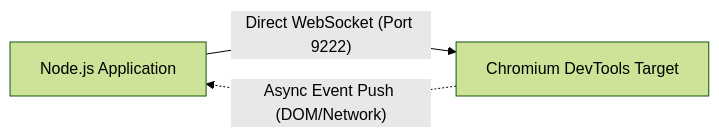
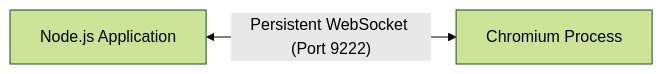
One commit to naimurhasan/naimurhasan.github.io changed the third of 4 diagrams in _posts/2026-10-03-selenium-vs-puppeteer-vs-playwright.md. Above: the diagram before and after it, drawn with Mermaid (forest theme). The commit also changed other lines of this file and 23 other files, not shown here.

````diff
--- a/_posts/2026-10-03-selenium-vs-puppeteer-vs-playwright.md
+++ b/_posts/2026-10-03-selenium-vs-puppeteer-vs-playwright.md
@@ -141,5 +80,4 @@
 ```mermaid
 flowchart LR
-  Node["Node.js Application"] --> |"Direct WebSocket (Port 9222)"| Chrome["Chromium DevTools Target"]
-  Chrome -.-> |"Async Event Push (DOM/Network)"| Node
+  Node["Node.js Application"] <-->|"Persistent WebSocket (Port 9222)"| Chrome["Chromium Process"]
 ```
````
